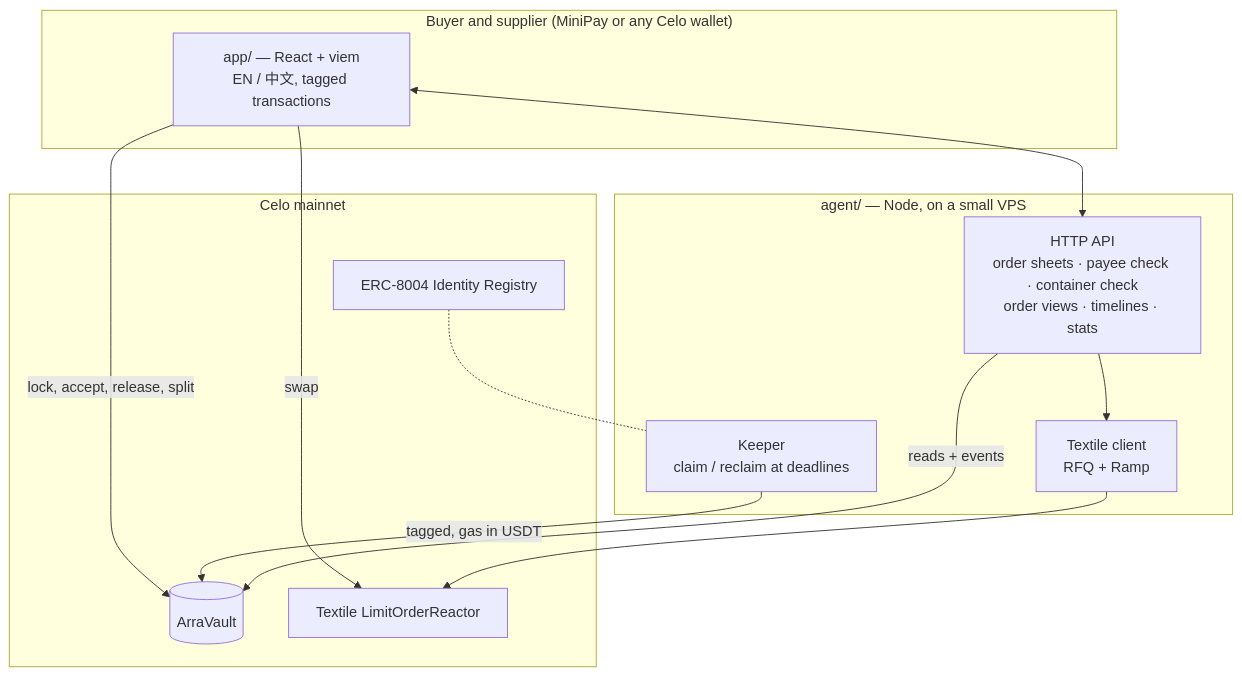
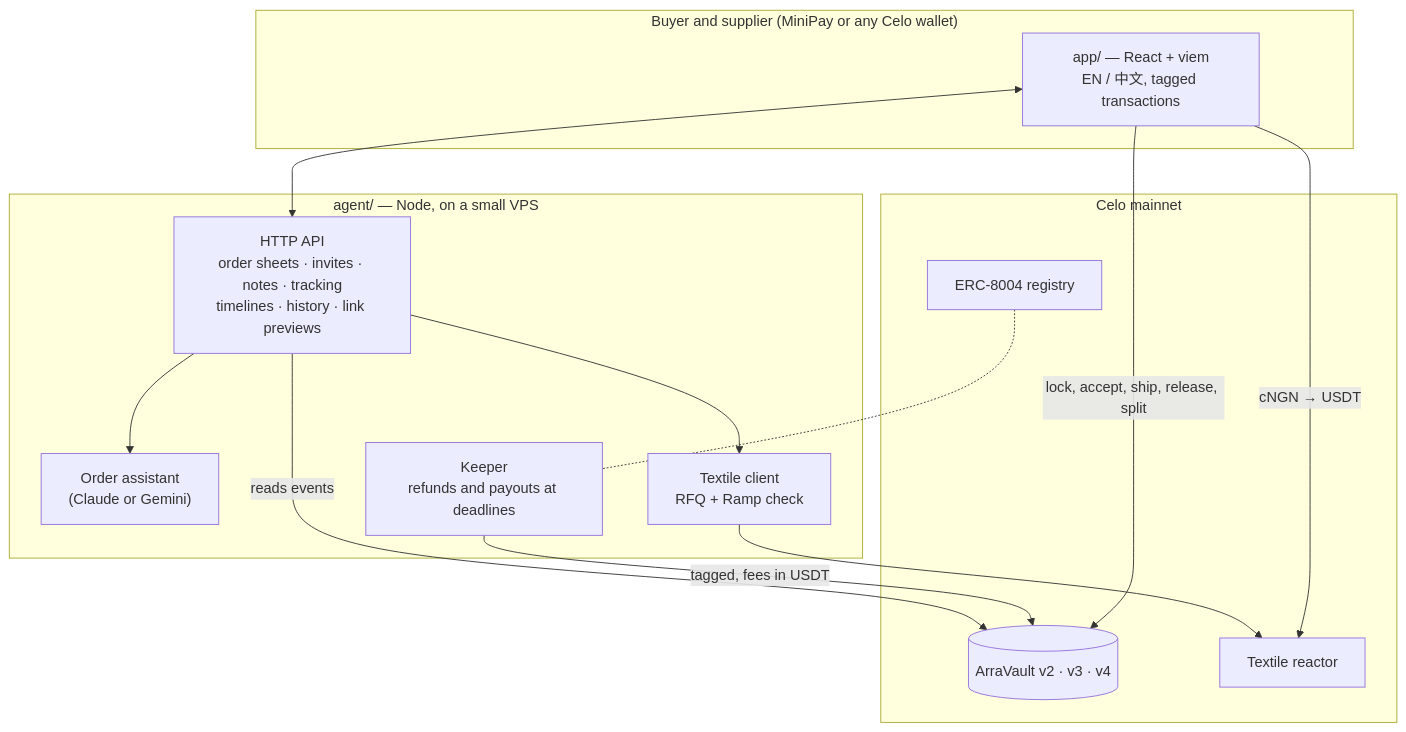
Before and after one commit to phoenix-2203/arra: the third of 3 diagrams in README.md, drawn with Mermaid. The commit also changed other lines of this file, not shown here.

First line of the commit message:
README: full rewrite — problem with sourced data, why current tools fail, step-by-step order, when money moves, features, use cases, comparison, why Celo/Textile, potential, mainnet proof, verification, honest limits

````diff
--- a/README.md
+++ b/README.md
@@ -187,23 +270,25 @@
 ```mermaid
 flowchart TB
     subgraph Phone["Buyer and supplier (MiniPay or any Celo wallet)"]
         UI["app/ — React + viem<br/>EN / 中文, tagged transactions"]
     end
     subgraph Server["agent/ — Node, on a small VPS"]
-        API["HTTP API<br/>order sheets · payee check · container check<br/>order views · timelines · stats"]
-        FX["Textile client<br/>RFQ + Ramp"]
-        K["Keeper<br/>claim / reclaim at deadlines"]
+        API["HTTP API<br/>order sheets · invites · notes · tracking<br/>timelines · history · link previews"]
+        AI["Order assistant<br/>(Claude or Gemini)"]
+        FX["Textile client<br/>RFQ + Ramp check"]
+        K["Keeper<br/>refunds and payouts at deadlines"]
     end
     subgraph Celo["Celo mainnet"]
-        V[("ArraVault")]
-        R["Textile LimitOrderReactor"]
-        ID["ERC-8004 Identity Registry"]
+        V[("ArraVault v2 · v3 · v4")]
+        R["Textile reactor"]
+        ID["ERC-8004 registry"]
     end
     UI <--> API
-    UI -->|lock, accept, release, split| V
-    UI -->|swap| R
+    API --> AI
+    UI -->|lock, accept, ship, release, split| V
+    UI -->|cNGN → USDT| R
     API --> FX --> R
-    K -->|tagged, gas in USDT| V
-    API -->|reads + events| V
+    K -->|tagged, fees in USDT| V
+    API -->|reads events| V
     ID -.- K
 ```
````
